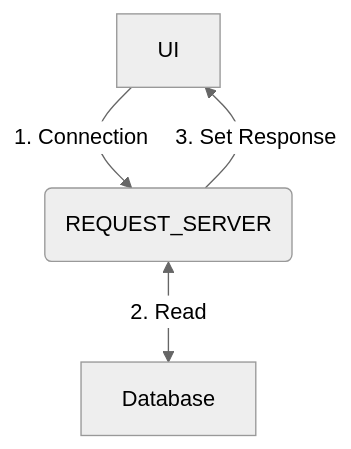
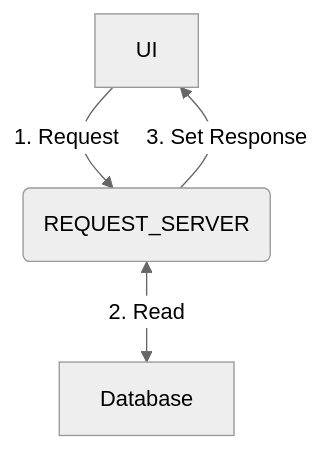
One commit to genesiscommunitysuccess/docs changed the diagram in docs/001_develop/02_server-capabilities/005_snapshot-queries-request-server/index.mdx. Above: the diagram before and after it, drawn with Mermaid (neutral theme). The commit also changed 2 other files, not shown here.

Commit message:
Event handler overview

````diff
--- a/docs/001_develop/02_server-capabilities/005_snapshot-queries-request-server/index.mdx
+++ b/docs/001_develop/02_server-capabilities/005_snapshot-queries-request-server/index.mdx
@@ -26,6 +26,6 @@
 ```mermaid
 graph TD
-A[UI] --> |1. Connection| B(REQUEST_SERVER)
+A[UI] --> |1. Request| B(REQUEST_SERVER)
 B -->|3. Set Response| A
 B <-->|2. Read|C[Database] 
 ```
````
